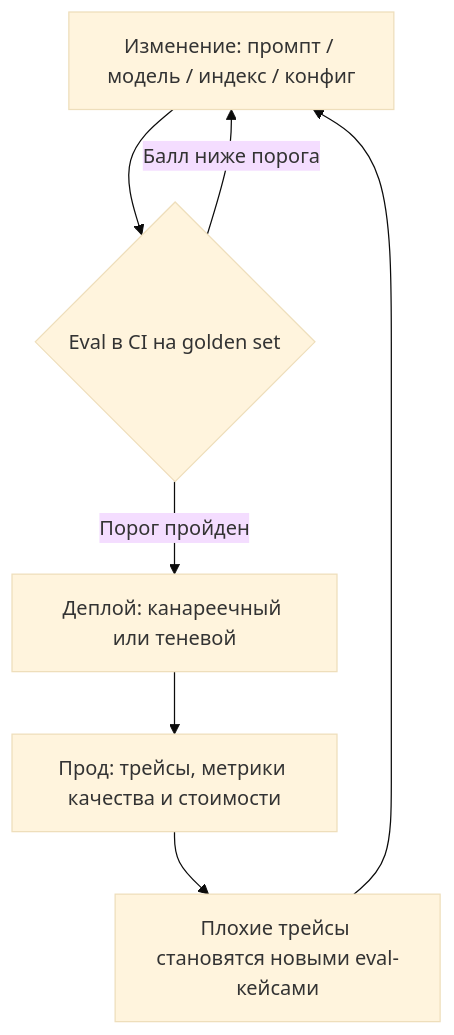
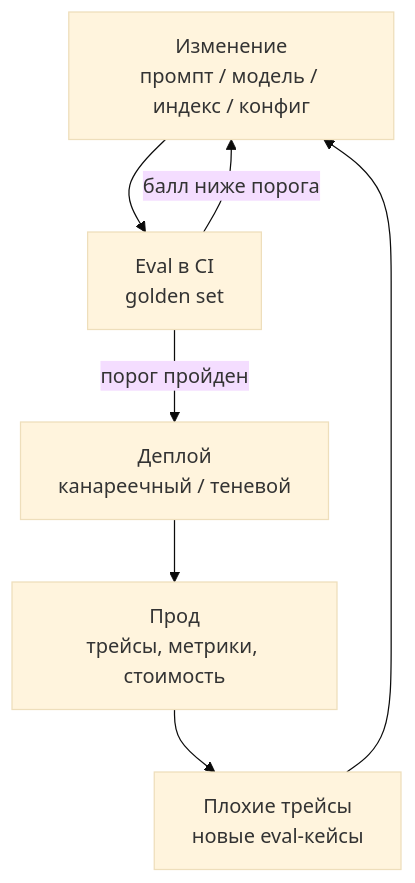
Before and after one commit to NikolaiSachok/ai-engineering-handbook: the first of 2 diagrams in i18n/ru/docusaurus-plugin-content-docs/current/part-3-production/llmops/index.md, drawn with Mermaid (base theme). The commit also changed 21 other files, not shown here.

First line of the commit message:
fix(i18n): reconcile 28 drifted diagrams and make the parity gate read inside a fence (#453)

````diff
--- a/i18n/ru/docusaurus-plugin-content-docs/current/part-3-production/llmops/index.md
+++ b/i18n/ru/docusaurus-plugin-content-docs/current/part-3-production/llmops/index.md
@@ -62,9 +62,9 @@
 ```mermaid
-flowchart TD
-    A["Изменение: промпт / модель / индекс / конфиг"] --> B{"Eval в CI на golden set"}
-    B -- "Балл ниже порога" --> A
-    B -- "Порог пройден" --> C["Деплой: канареечный или теневой"]
-    C --> D["Прод: трейсы, метрики качества и стоимости"]
-    D --> E["Плохие трейсы становятся новыми eval-кейсами"]
-    E --> A
+flowchart TB
+    C["Изменение<br/>промпт / модель / индекс / конфиг"] --> E["Eval в CI<br/>golden set"]
+    E -- "балл ниже порога" --> C
+    E -- "порог пройден" --> D["Деплой<br/>канареечный / теневой"]
+    D --> P["Прод<br/>трейсы, метрики, стоимость"]
+    P --> T["Плохие трейсы<br/>новые eval-кейсы"]
+    T --> C
 ```
````
